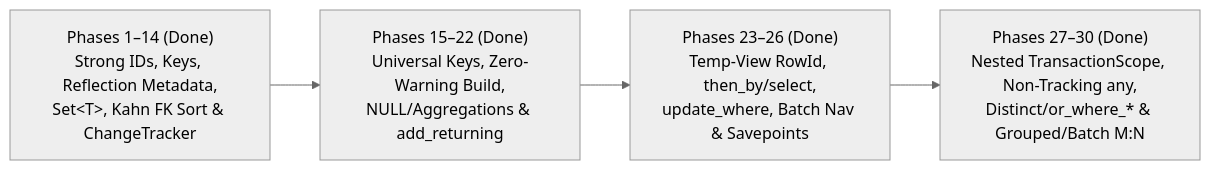
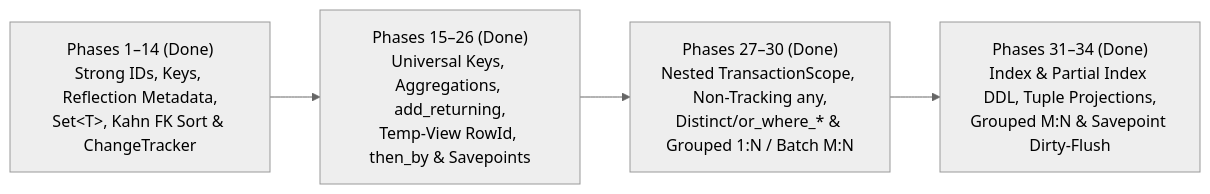
The first of 2 diagrams in readme4.md (mythrz/CodeFirstCppDB_sqlgen), drawn with Mermaid (neutral theme) before and after one commit. The commit also changed other lines of this file and 2 other files, not shown here.

````diff
--- a/readme4.md
+++ b/readme4.md
@@ -234,6 +205,6 @@
 ```mermaid
 flowchart LR
-    P114["Phases 1–14 (Done)<br/>Strong IDs, Keys, Reflection Metadata,<br/>Set&lt;T&gt;, Kahn FK Sort &amp; ChangeTracker"] --> P1522["Phases 15–22 (Done)<br/>Universal Keys, Zero-Warning Build,<br/>NULL/Aggregations &amp; add_returning"]
-    P1522 --> P2326["Phases 23–26 (Done)<br/>Temp-View RowId, then_by/select,<br/>update_where, Batch Nav &amp; Savepoints"]
-    P2326 --> P2730["Phases 27–30 (Done)<br/>Nested TransactionScope, Non-Tracking any,<br/>Distinct/or_where_* &amp; Grouped/Batch M:N"]
+    P114["Phases 1–14 (Done)<br/>Strong IDs, Keys, Reflection Metadata,<br/>Set&lt;T&gt;, Kahn FK Sort &amp; ChangeTracker"] --> P1526["Phases 15–26 (Done)<br/>Universal Keys, Aggregations, add_returning,<br/>Temp-View RowId, then_by &amp; Savepoints"]
+    P1526 --> P2730["Phases 27–30 (Done)<br/>Nested TransactionScope, Non-Tracking any,<br/>Distinct/or_where_* &amp; Grouped 1:N / Batch M:N"]
+    P2730 --> P3134["Phases 31–34 (Done)<br/>Index &amp; Partial Index DDL, Tuple Projections,<br/>Grouped M:N &amp; Savepoint Dirty-Flush"]
 ```
````
